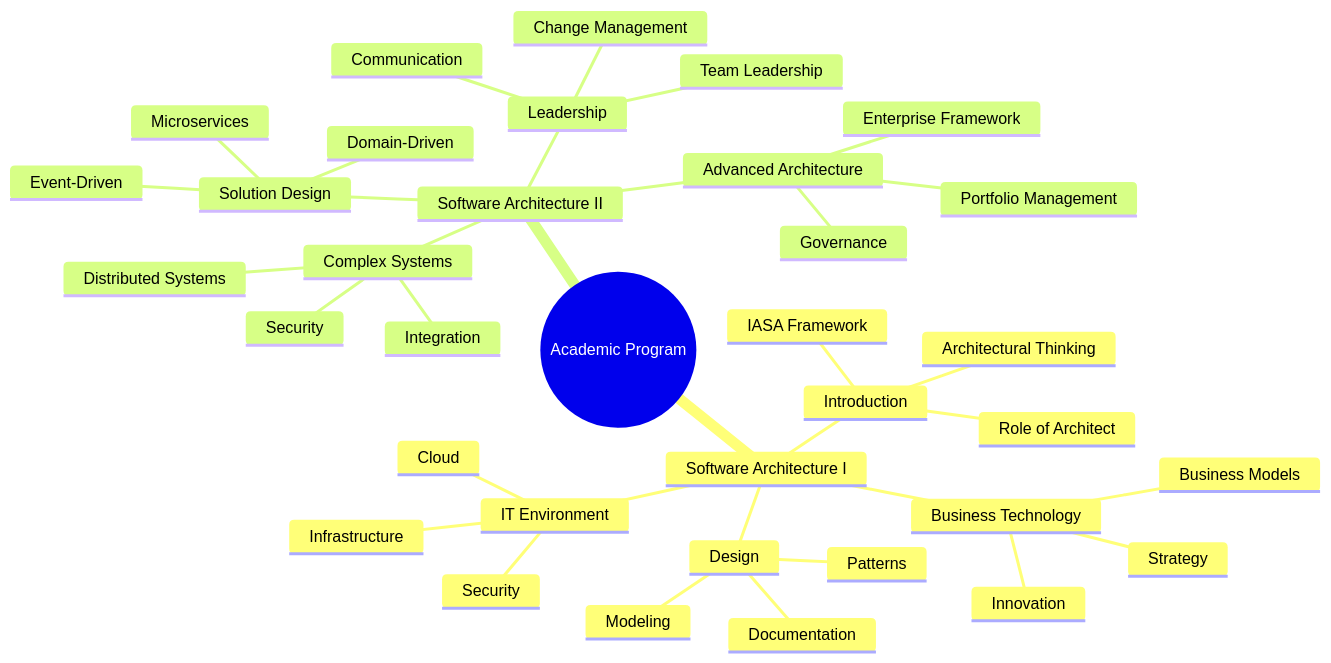
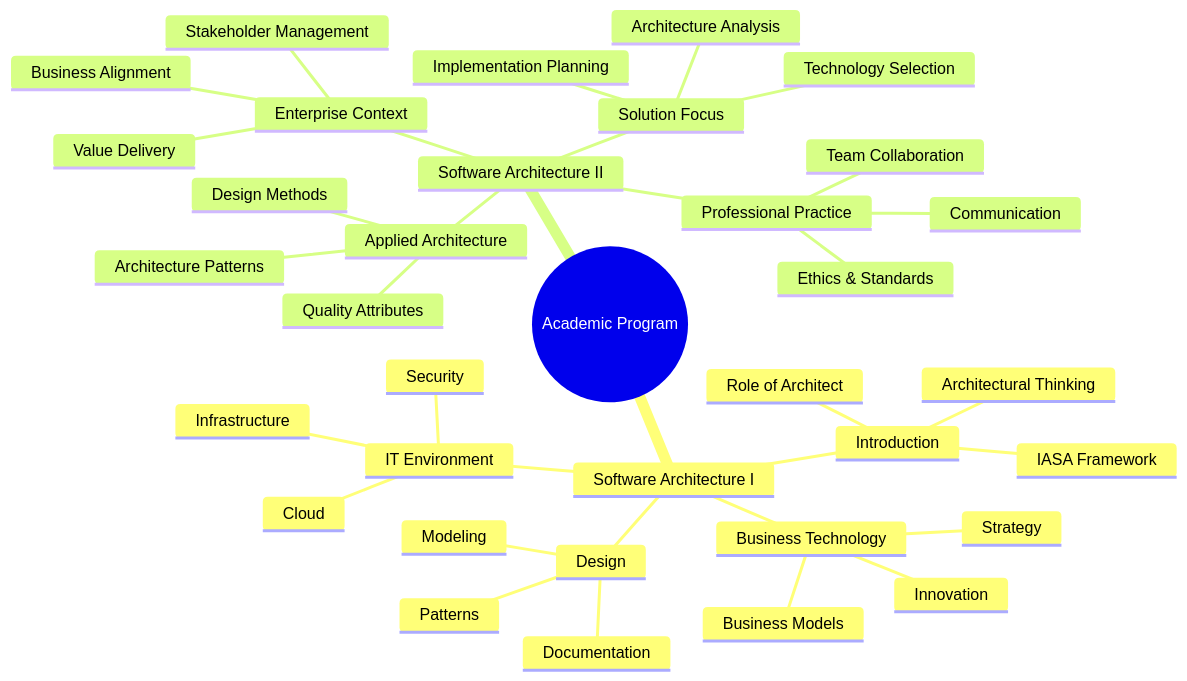
The first of 3 diagrams in Iasa-academic-exec.md (AliceNN-ucdenver/Iasa), drawn with Mermaid before and after one commit. The commit also changed other lines of this file, not shown here.

````diff
--- a/Iasa-academic-exec.md
+++ b/Iasa-academic-exec.md
@@ -13,38 +13,38 @@
 ```mermaid
 mindmap
     root((Academic Program))
         Software Architecture I
             Introduction
                 Role of Architect
                 IASA Framework
                 Architectural Thinking
             Business Technology
                 Business Models
                 Strategy
                 Innovation
             IT Environment
                 Infrastructure
                 Cloud
                 Security
             Design
                 Patterns
                 Documentation
                 Modeling
         Software Architecture II
-            Advanced Architecture
-                Enterprise Framework
-                Governance
-                Portfolio Management
-            Complex Systems
-                Distributed Systems
-                Integration
-                Security
-            Solution Design
-                Microservices
-                Event-Driven
-                Domain-Driven
-            Leadership
-                Change Management
-                Team Leadership
+            Applied Architecture
+                Quality Attributes
+                Architecture Patterns
+                Design Methods
+            Enterprise Context
+                Business Alignment
+                Stakeholder Management
+                Value Delivery
+            Solution Focus
+                Architecture Analysis
+                Technology Selection
+                Implementation Planning
+            Professional Practice
+                Ethics & Standards
+                Team Collaboration
                 Communication
 ```
````
